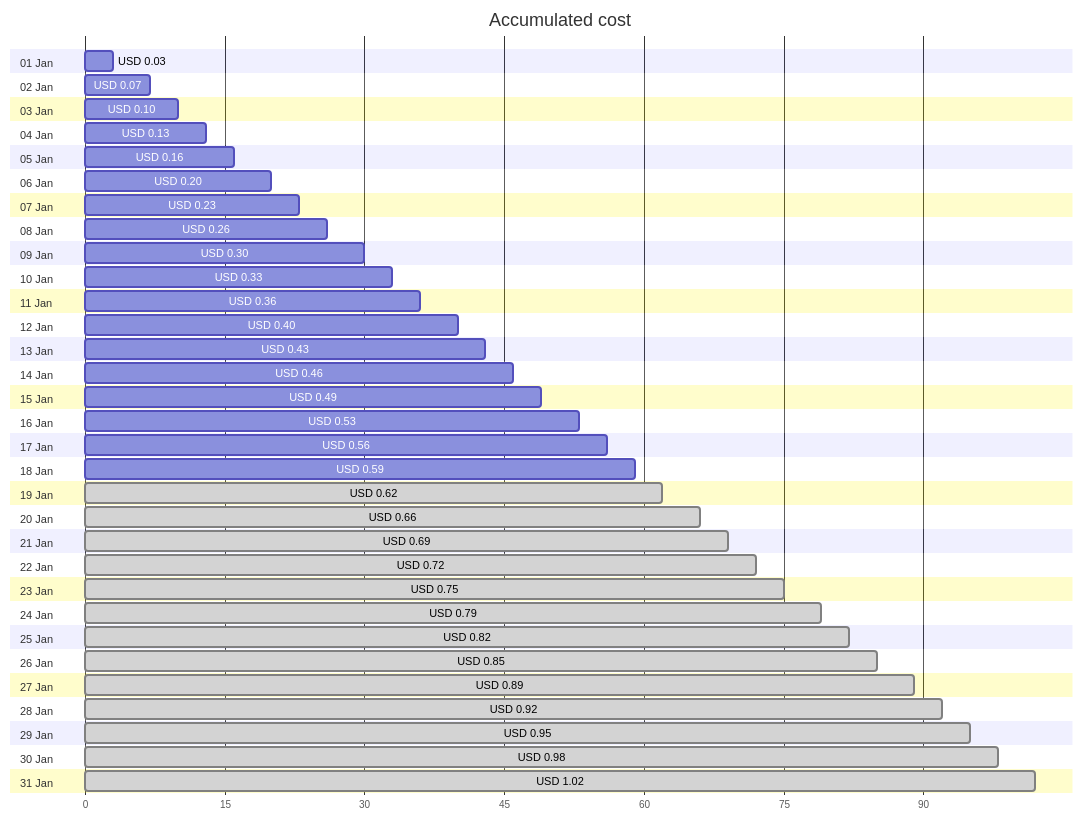
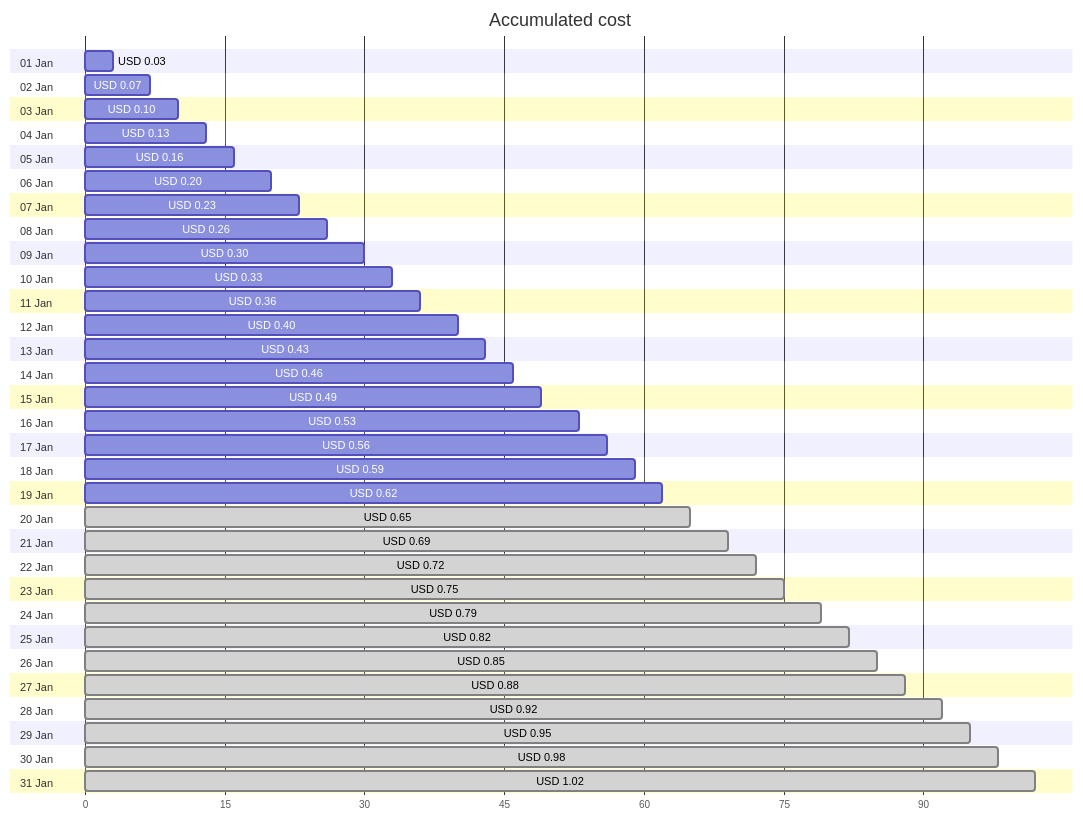
The first of 4 diagrams in cost-reports/personal-dns/README.md (jpfulton/azure-personal-reports), drawn with Mermaid before and after one commit. The commit also changed other lines of this file and 2 other files, not shown here.

````diff
--- a/cost-reports/personal-dns/README.md
+++ b/cost-reports/personal-dns/README.md
@@ -20,68 +20,68 @@
 ```mermaid
 gantt
    title Accumulated cost
    dateFormat  X
    axisFormat %s
    section 01 Jan
    USD 0.03 :0, 3
    section 02 Jan
    USD 0.07 :0, 7
    section 03 Jan
    USD 0.10 :0, 10
    section 04 Jan
    USD 0.13 :0, 13
    section 05 Jan
    USD 0.16 :0, 16
    section 06 Jan
    USD 0.20 :0, 20
    section 07 Jan
    USD 0.23 :0, 23
    section 08 Jan
    USD 0.26 :0, 26
    section 09 Jan
    USD 0.30 :0, 30
    section 10 Jan
    USD 0.33 :0, 33
    section 11 Jan
    USD 0.36 :0, 36
    section 12 Jan
    USD 0.40 :0, 40
    section 13 Jan
    USD 0.43 :0, 43
    section 14 Jan
    USD 0.46 :0, 46
    section 15 Jan
    USD 0.49 :0, 49
    section 16 Jan
    USD 0.53 :0, 53
    section 17 Jan
    USD 0.56 :0, 56
    section 18 Jan
    USD 0.59 :0, 59
    section 19 Jan
-   USD 0.62 : done, 0, 62
+   USD 0.62 :0, 62
    section 20 Jan
-   USD 0.66 : done, 0, 66
+   USD 0.65 : done, 0, 65
    section 21 Jan
    USD 0.69 : done, 0, 69
    section 22 Jan
    USD 0.72 : done, 0, 72
    section 23 Jan
    USD 0.75 : done, 0, 75
    section 24 Jan
    USD 0.79 : done, 0, 79
    section 25 Jan
    USD 0.82 : done, 0, 82
    section 26 Jan
    USD 0.85 : done, 0, 85
    section 27 Jan
-   USD 0.89 : done, 0, 89
+   USD 0.88 : done, 0, 88
    section 28 Jan
    USD 0.92 : done, 0, 92
    section 29 Jan
    USD 0.95 : done, 0, 95
    section 30 Jan
    USD 0.98 : done, 0, 98
    section 31 Jan
    USD 1.02 : done, 0, 102
 ```
````
